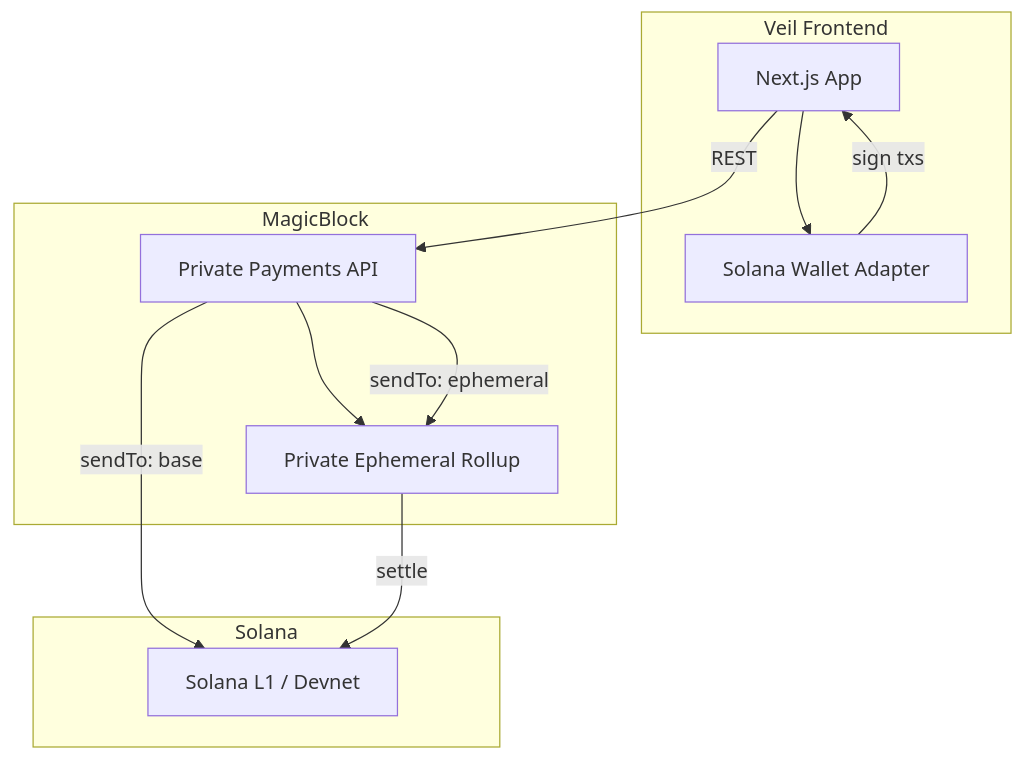
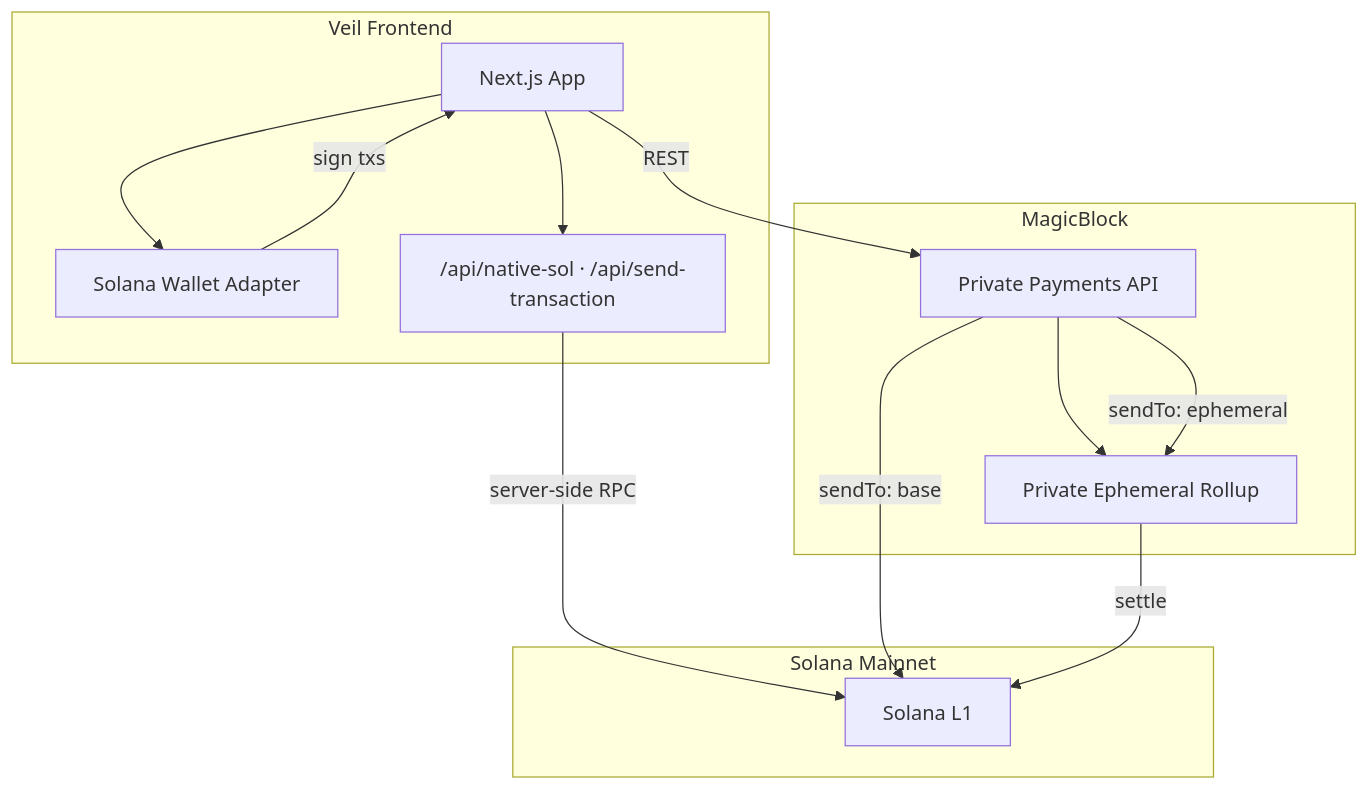
Before and after one commit to notcodesid/veil: the diagram in README.md, drawn with Mermaid. The commit also changed other lines of this file, not shown here.

Commit message:
Update README for mainnet launch

````diff
--- a/README.md
+++ b/README.md
@@ -18,24 +34,27 @@
 ```mermaid
 flowchart TB
   subgraph client [Veil Frontend]
     UI[Next.js App]
     Wallet[Solana Wallet Adapter]
+    APIRoutes["/api/native-sol · /api/send-transaction"]
     UI --> Wallet
+    UI --> APIRoutes
   end
 
   subgraph magicblock [MagicBlock]
-    API[Private Payments API]
+    MBAPI[Private Payments API]
     PER[Private Ephemeral Rollup]
-    API --> PER
+    MBAPI --> PER
   end
 
-  subgraph chain [Solana]
-    L1[Solana L1 / Devnet]
+  subgraph chain [Solana Mainnet]
+    L1[Solana L1]
   end
 
   Wallet -->|sign txs| UI
-  UI -->|REST| API
-  API -->|sendTo: base| L1
-  API -->|sendTo: ephemeral| PER
+  UI -->|REST| MBAPI
+  APIRoutes -->|server-side RPC| L1
+  MBAPI -->|sendTo: base| L1
+  MBAPI -->|sendTo: ephemeral| PER
   PER -->|settle| L1
 ```
````
